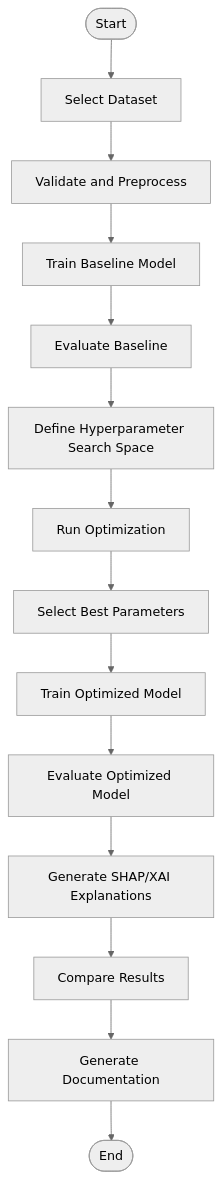
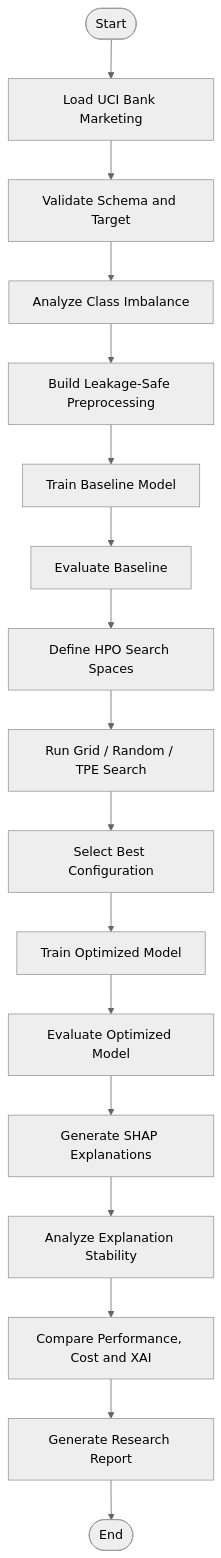
One commit to harshkhamkar26/Hyperparameter-Optimization-XAI changed the third of 6 diagrams in docs/SEPM/07_UML_Diagrams.md. Above: the diagram before and after it, drawn with Mermaid (neutral theme). The commit also changed other lines of this file, not shown here.

Commit message:
Update UML diagrams for final Bank Marketing research workflow

````diff
--- a/docs/SEPM/07_UML_Diagrams.md
+++ b/docs/SEPM/07_UML_Diagrams.md
@@ -68,16 +99,19 @@
 ```mermaid
 flowchart TD
-    A([Start]) --> B[Select Dataset]
-    B --> C[Validate and Preprocess]
-    C --> D[Train Baseline Model]
-    D --> E[Evaluate Baseline]
-    E --> F[Define Hyperparameter Search Space]
-    F --> G[Run Optimization]
-    G --> H[Select Best Parameters]
-    H --> I[Train Optimized Model]
-    I --> J[Evaluate Optimized Model]
-    J --> K[Generate SHAP/XAI Explanations]
-    K --> L[Compare Results]
-    L --> M[Generate Documentation]
-    M --> N([End])
+    A([Start]) --> B[Load UCI Bank Marketing]
+    B --> C[Validate Schema and Target]
+    C --> D[Analyze Class Imbalance]
+    D --> E[Build Leakage-Safe Preprocessing]
+    E --> F[Train Baseline Model]
+    F --> G[Evaluate Baseline]
+    G --> H[Define HPO Search Spaces]
+    H --> I[Run Grid / Random / TPE Search]
+    I --> J[Select Best Configuration]
+    J --> K[Train Optimized Model]
+    K --> L[Evaluate Optimized Model]
+    L --> M[Generate SHAP Explanations]
+    M --> N[Analyze Explanation Stability]
+    N --> O[Compare Performance, Cost and XAI]
+    O --> P[Generate Research Report]
+    P --> Q([End])
 ```
````
